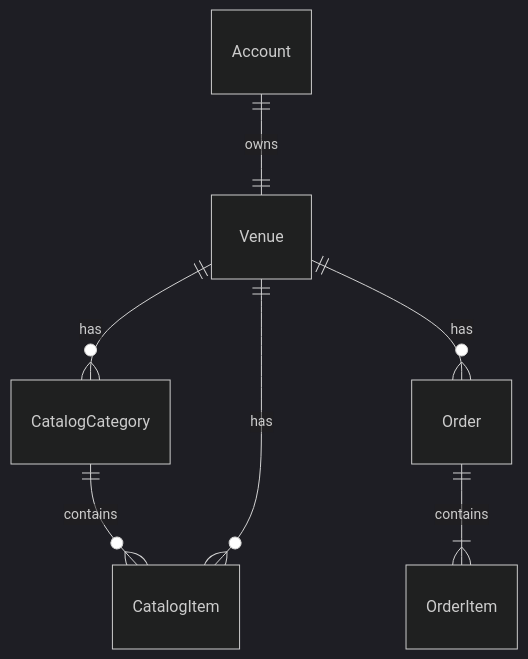
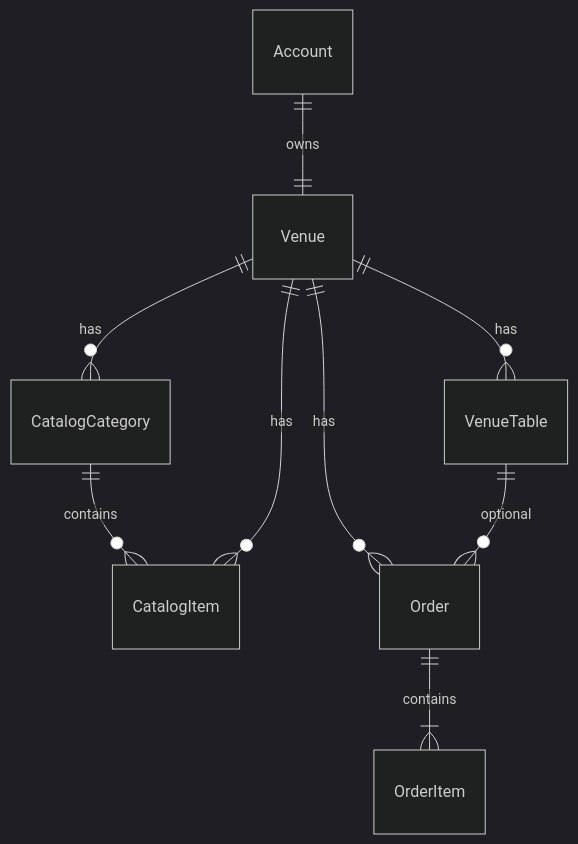
One commit to filiperamosds/eaimesa changed the diagram in docs/data/schema.md. Above: the diagram before and after it, drawn with Mermaid (dark theme). The commit also changed other lines of this file and 51 other files, not shown here.

````diff
--- a/docs/data/schema.md
+++ b/docs/data/schema.md
@@ -78,9 +91,11 @@
 ```mermaid
 erDiagram
   Account ||--|| Venue : owns
   Venue ||--o{ CatalogCategory : has
   CatalogCategory ||--o{ CatalogItem : contains
   Venue ||--o{ CatalogItem : has
+  Venue ||--o{ VenueTable : has
   Venue ||--o{ Order : has
+  VenueTable ||--o{ Order : optional
   Order ||--|{ OrderItem : contains
 ```
````
